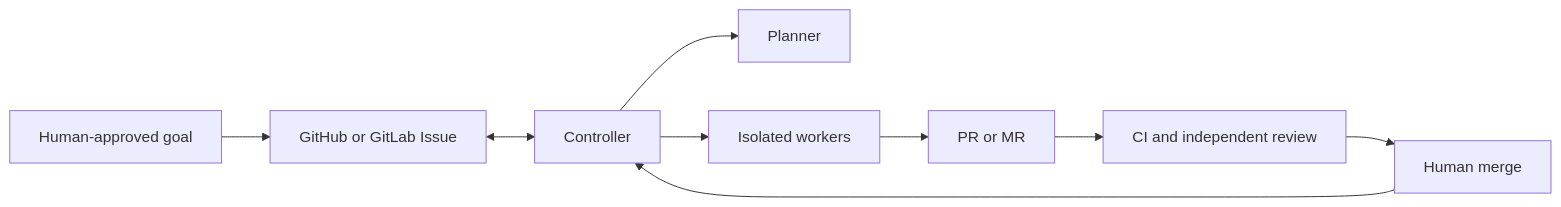
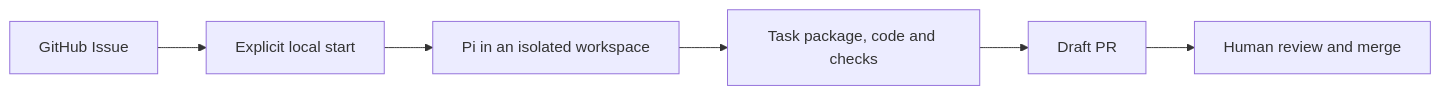
One commit to M1racleShih/daqin changed the diagram in README.md. Above: the diagram before and after it, drawn with Mermaid. The commit also changed other lines of this file and 7 other files, not shown here.

Commit message:
docs: define GitHub and Pi first-release baseline

````diff
--- a/README.md
+++ b/README.md
@@ -32,11 +44,8 @@
 ```mermaid
 flowchart LR
-  H[Human-approved goal] --> F[GitHub or GitLab Issue]
-  F <--> C[Controller]
-  C --> P[Planner]
-  C --> W[Isolated workers]
-  W --> D[PR or MR]
-  D --> V[CI and independent review]
-  V --> M[Human merge]
-  M --> C
+  I[GitHub Issue] --> L[Explicit local start]
+  L --> P[Pi in an isolated workspace]
+  P --> D[Task package, code and checks]
+  D --> M[Draft PR]
+  M --> H[Human review and merge]
 ```
````
